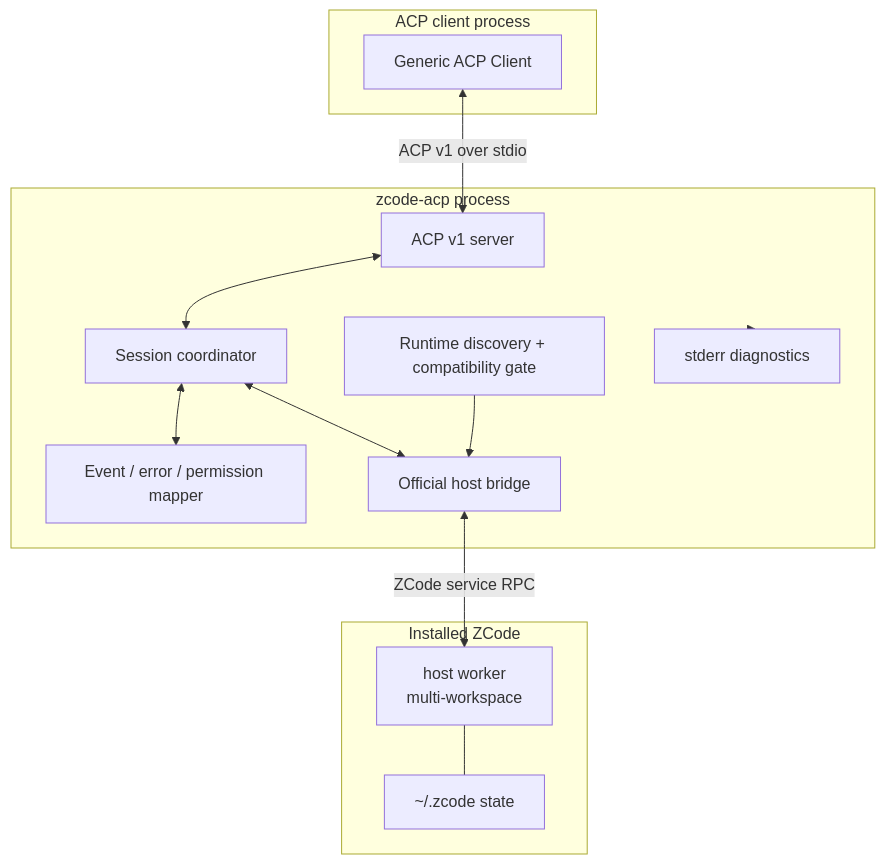
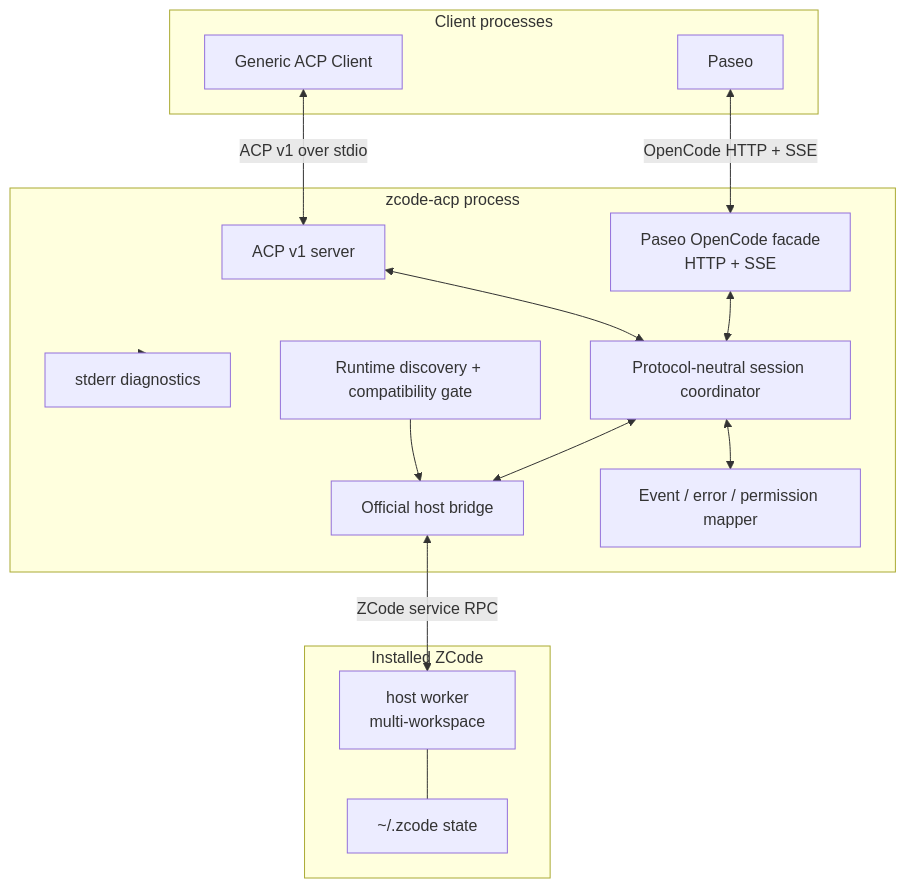
The first of 2 diagrams in docs/03-architecture.md (supermomonga/zcode-acp), drawn with Mermaid before and after one commit. The commit also changed other lines of this file and 33 other files, not shown here.

First line of the commit message:
Add Paseo OpenCode facade and versioned ZCode host contracts (#2)

````diff
--- a/docs/03-architecture.md
+++ b/docs/03-architecture.md
@@ -18,29 +18,33 @@
 ```mermaid
 flowchart TB
-    subgraph ClientSide["ACP client process"]
+    subgraph ClientSide["Client processes"]
       Client["Generic ACP Client"]
+      PaseoClient["Paseo"]
     end
 
     subgraph Adapter["zcode-acp process"]
       Acp["ACP v1 server"]
-      Session["Session coordinator"]
+      Paseo["Paseo OpenCode facade<br/>HTTP + SSE"]
+      Session["Protocol-neutral session coordinator"]
       Mapper["Event / error / permission mapper"]
       PM["Official host bridge"]
       Discovery["Runtime discovery + compatibility gate"]
       Diag["stderr diagnostics"]
     end
 
     subgraph Native["Installed ZCode"]
       P1["host worker<br/>multi-workspace"]
       State["~/.zcode state"]
     end
 
     Client <-->|"ACP v1 over stdio"| Acp
+    PaseoClient <-->|"OpenCode HTTP + SSE"| Paseo
     Acp <--> Session
+    Paseo <--> Session
     Session <--> Mapper
     Session <--> PM
     Discovery --> PM
     PM <-->|"ZCode service RPC"| P1
     P1 --- State
     Adapter --> Diag
 ```
````
